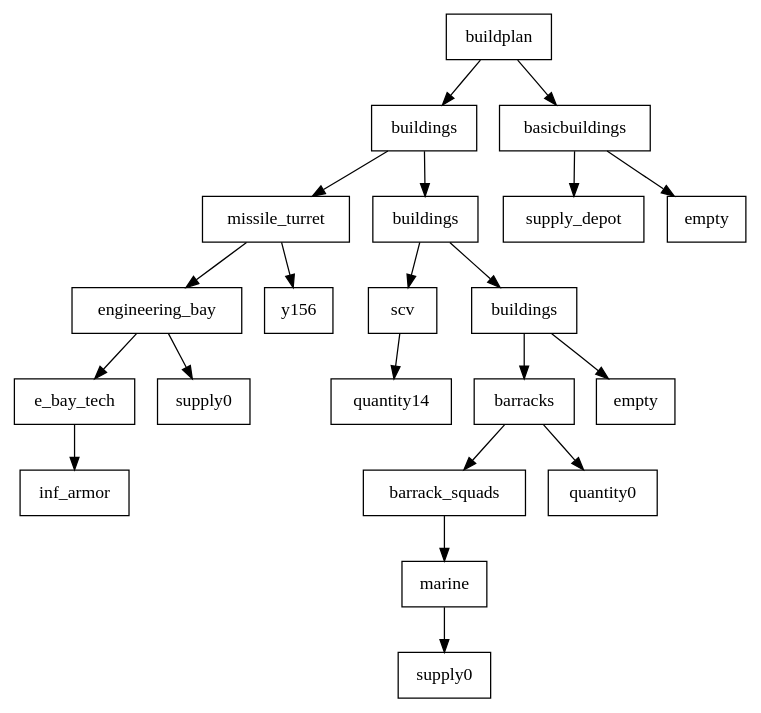
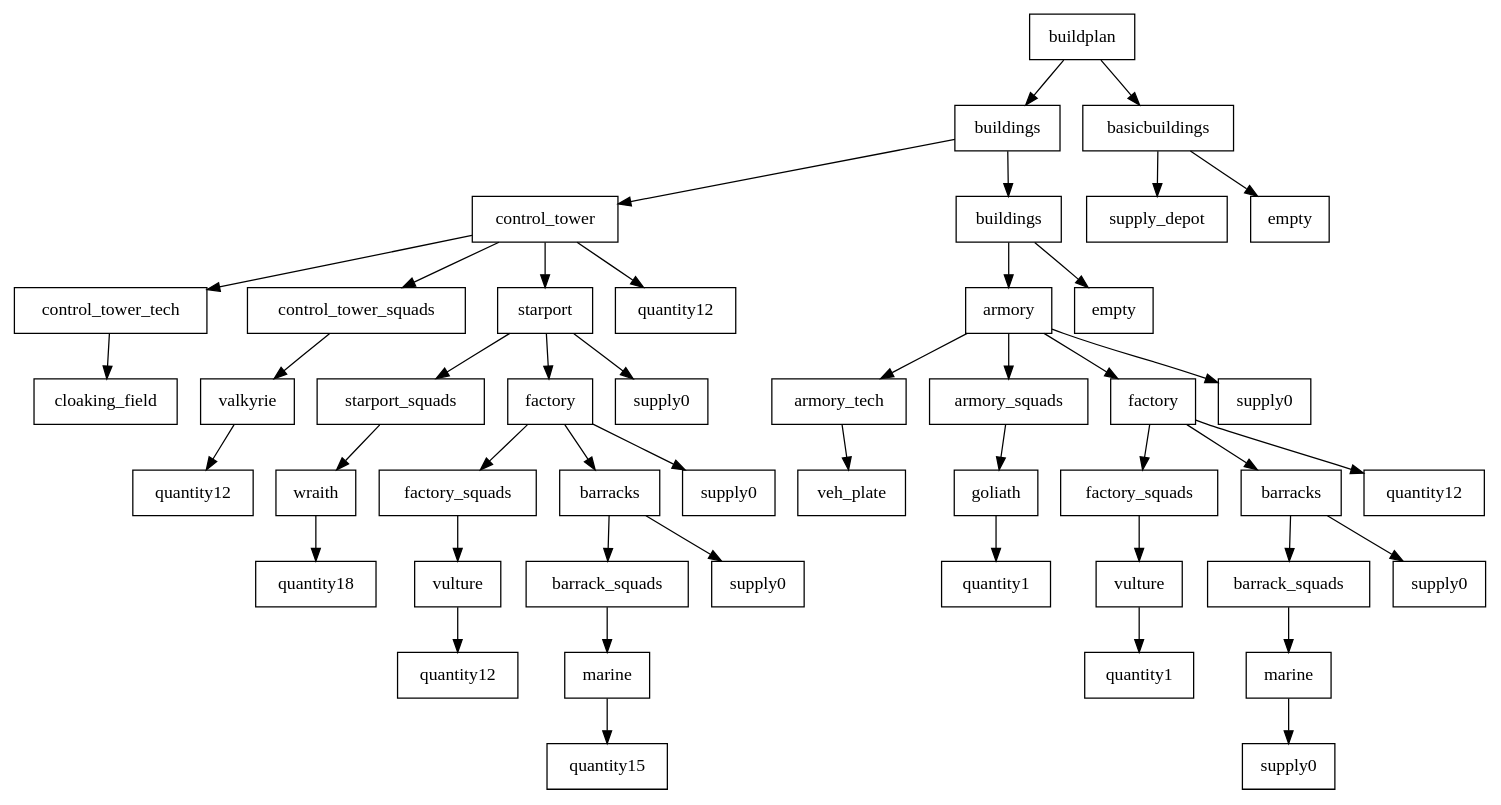
One commit to cryogenic-dreams/StarCraft-GPBot changed the diagram in GPBot/file0.dot. Above: the diagram before and after it, drawn with Graphviz. The commit also changed 10 other files, not shown here.

```diff
--- a/GPBot/file0.dot
+++ b/GPBot/file0.dot
@@ -1,45 +1,95 @@
 digraph g {
 graph [ordering=out];
 node [shape=rectangle];
 n[label = "buildplan"];
 n0[label = "buildings"];
-n00[label = "missile_turret"];
-n000[label = "engineering_bay"];
-n0000[label = "e_bay_tech"];
-n00000[label = "inf_armor"];
-n0000 -> n00000;
+n00[label = "control_tower"];
+n000[label = "control_tower_tech"];
+n0000[label = "cloaking_field"];
 n000 -> n0000;
-n0001[label = "supply0"];
-n000 -> n0001;
 n00 -> n000;
-n001[label = "y156"];
+n001[label = "control_tower_squads"];
+n0010[label = "valkyrie"];
+n00100[label = "quantity12"];
+n0010 -> n00100;
+n001 -> n0010;
 n00 -> n001;
+n002[label = "starport"];
+n0020[label = "starport_squads"];
+n00200[label = "wraith"];
+n002000[label = "quantity18"];
+n00200 -> n002000;
+n0020 -> n00200;
+n002 -> n0020;
+n0021[label = "factory"];
+n00210[label = "factory_squads"];
+n002100[label = "vulture"];
+n0021000[label = "quantity12"];
+n002100 -> n0021000;
+n00210 -> n002100;
+n0021 -> n00210;
+n00211[label = "barracks"];
+n002110[label = "barrack_squads"];
+n0021100[label = "marine"];
+n00211000[label = "quantity15"];
+n0021100 -> n00211000;
+n002110 -> n0021100;
+n00211 -> n002110;
+n002111[label = "supply0"];
+n00211 -> n002111;
+n0021 -> n00211;
+n00212[label = "supply0"];
+n0021 -> n00212;
+n002 -> n0021;
+n0022[label = "supply0"];
+n002 -> n0022;
+n00 -> n002;
+n003[label = "quantity12"];
+n00 -> n003;
 n0 -> n00;
 n01[label = "buildings"];
-n010[label = "scv"];
-n0100[label = "quantity14"];
+n010[label = "armory"];
+n0100[label = "armory_tech"];
+n01000[label = "veh_plate"];
+n0100 -> n01000;
 n010 -> n0100;
+n0101[label = "armory_squads"];
+n01010[label = "goliath"];
+n010100[label = "quantity1"];
+n01010 -> n010100;
+n0101 -> n01010;
+n010 -> n0101;
+n0102[label = "factory"];
+n01020[label = "factory_squads"];
+n010200[label = "vulture"];
+n0102000[label = "quantity1"];
+n010200 -> n0102000;
+n01020 -> n010200;
+n0102 -> n01020;
+n01021[label = "barracks"];
+n010210[label = "barrack_squads"];
+n0102100[label = "marine"];
+n01021000[label = "supply0"];
+n0102100 -> n01021000;
+n010210 -> n0102100;
+n01021 -> n010210;
+n010211[label = "supply0"];
+n01021 -> n010211;
+n0102 -> n01021;
+n01022[label = "quantity12"];
+n0102 -> n01022;
+n010 -> n0102;
+n0103[label = "supply0"];
+n010 -> n0103;
 n01 -> n010;
-n011[label = "buildings"];
-n0110[label = "barracks"];
-n01100[label = "barrack_squads"];
-n011000[label = "marine"];
-n0110000[label = "supply0"];
-n011000 -> n0110000;
-n01100 -> n011000;
-n0110 -> n01100;
-n01101[label = "quantity0"];
-n0110 -> n01101;
-n011 -> n0110;
-n0111[label = "empty"];
-n011 -> n0111;
+n011[label = "empty"];
 n01 -> n011;
 n0 -> n01;
 n -> n0;
 n1[label = "basicbuildings"];
 n10[label = "supply_depot"];
 n1 -> n10;
 n11[label = "empty"];
 n1 -> n11;
 n -> n1;
 }
```
